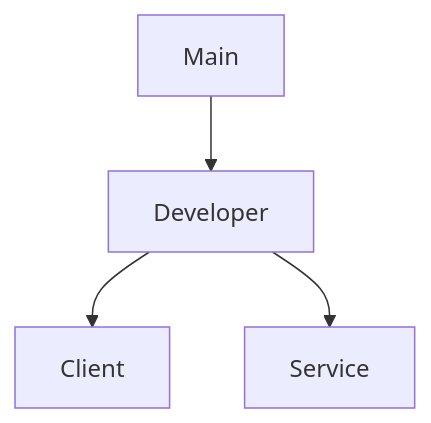
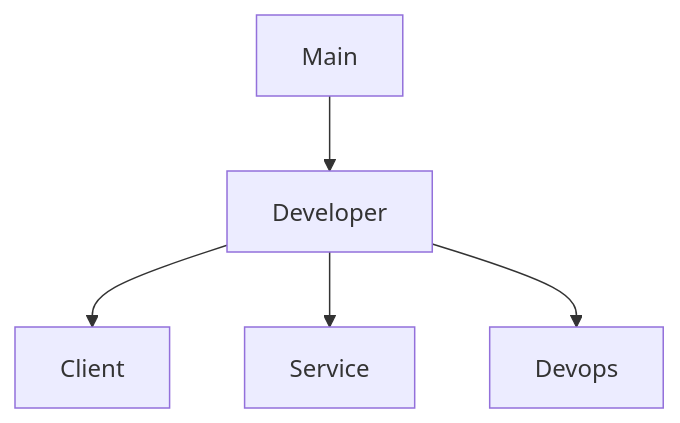
The first of 2 diagrams in DEVELOPMENT.md (SquadLuzRosa/br.com.buscafarma.www), drawn with Mermaid before and after one commit.

````diff
--- a/DEVELOPMENT.md
+++ b/DEVELOPMENT.md
@@ -30,6 +30,7 @@
 ```mermaid
 graph TD;
     A[Main] --> B[Developer]
     B --> C[Client]
     B --> D[Service]
+    B --> E[Devops]
 ```
````
